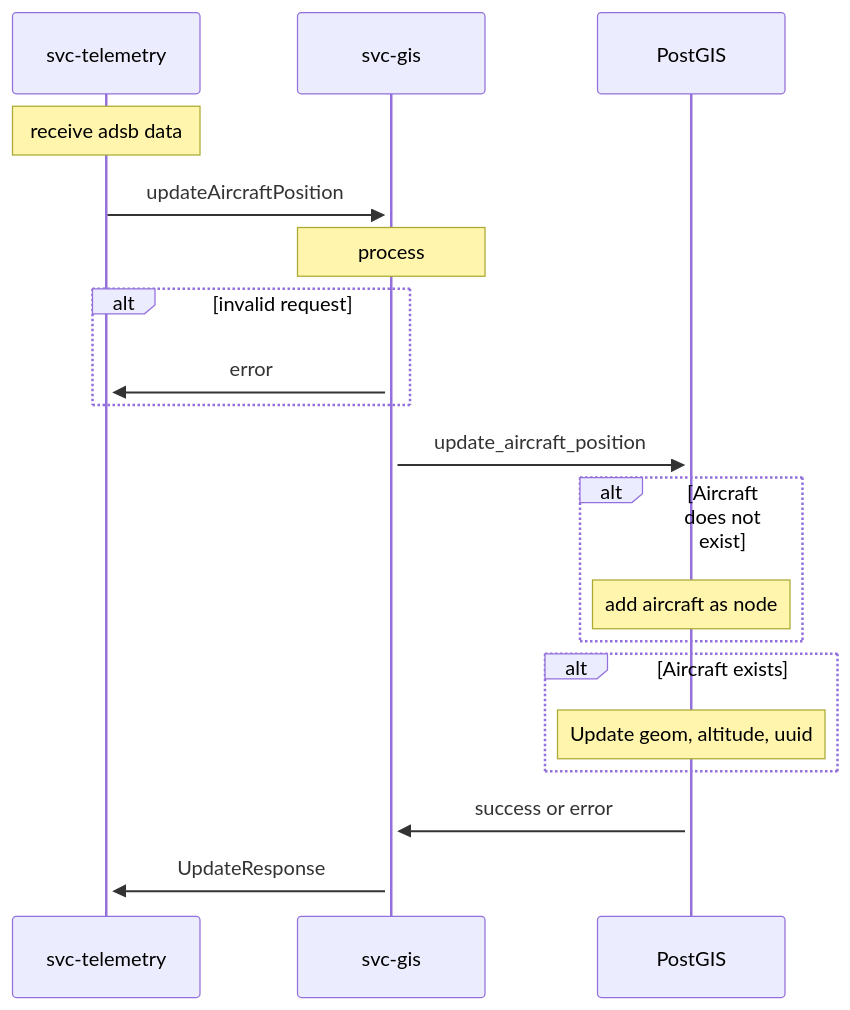
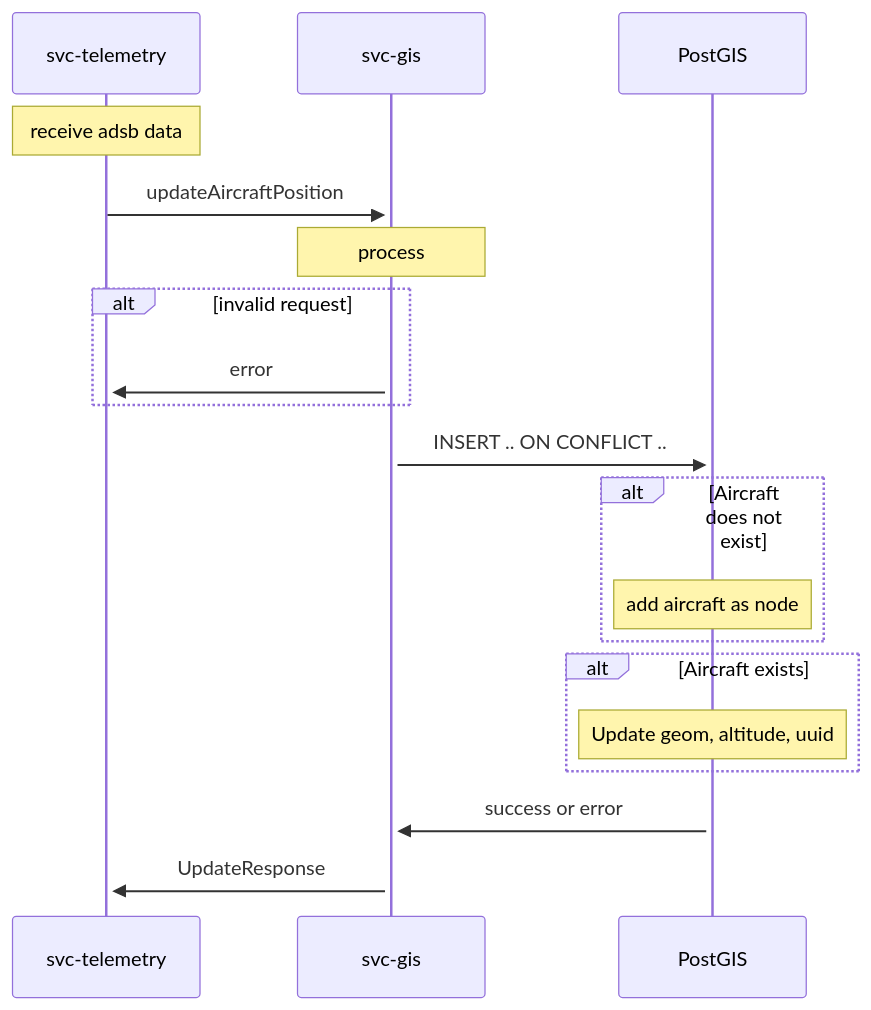
One commit to aetheric-oss/svc-gis changed the fourth of 6 diagrams in docs/sdd.md. Above: the diagram before and after it, drawn with Mermaid. The commit also changed other lines of this file and 20 other files, not shown here.

````diff
--- a/docs/sdd.md
+++ b/docs/sdd.md
@@ -139,26 +152,26 @@
 ```mermaid
 sequenceDiagram
     participant client as svc-telemetry
     participant gis as svc-gis
     participant postgis as PostGIS
 
     note over client: receive adsb data
     client->>+gis: updateAircraftPosition
     note over gis: process
     alt invalid request
     gis->>+client: error
     end
 
-    gis->>+postgis: update_aircraft_position
+    gis->>+postgis: INSERT .. ON CONFLICT ..
     
     alt Aircraft does not exist
     note over postgis: add aircraft as node
     end
 
     alt Aircraft exists
     note over postgis: Update geom, altitude, uuid
     end
     
     postgis->>+gis: success or error
     gis->>client: UpdateResponse
 ```
````
